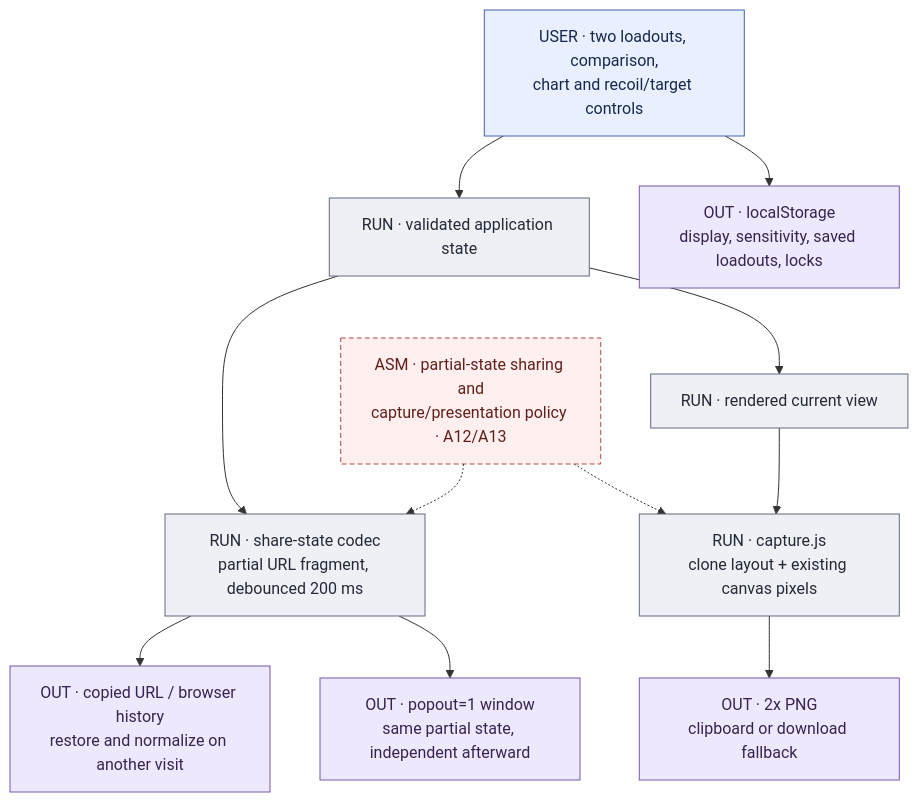
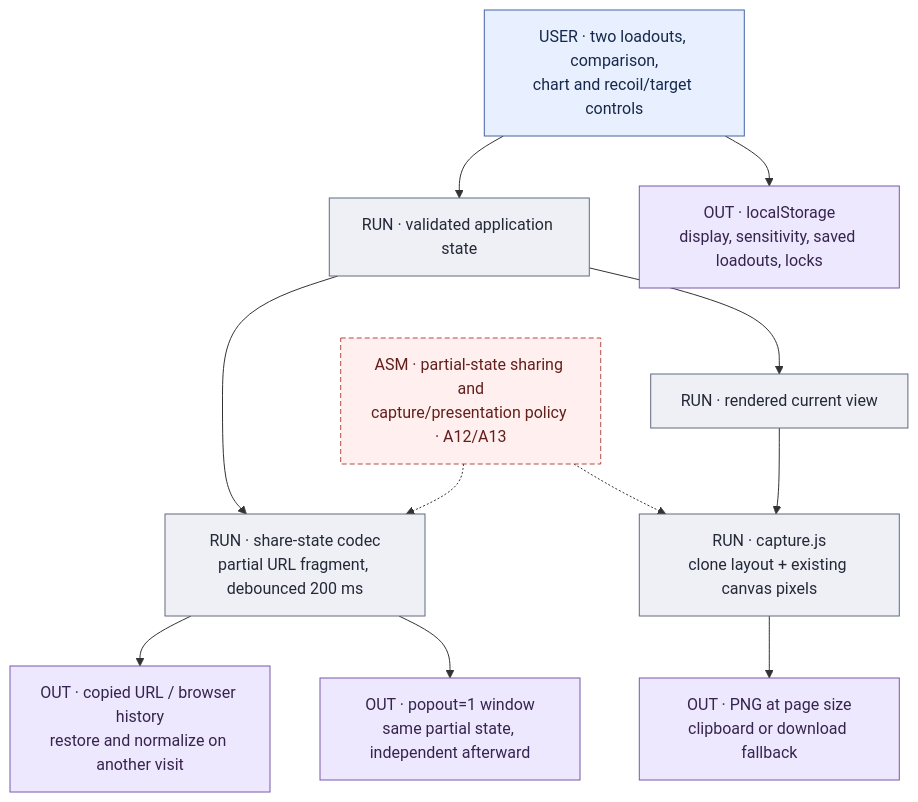
The second of 3 diagrams in docs/data-flow/UI_PUBLISHING.md (raymdl/BF6-Weapon-Analyzer), drawn with Mermaid before and after one commit. The commit also changed 4 other files, not shown here.

````diff
--- a/docs/data-flow/UI_PUBLISHING.md
+++ b/docs/data-flow/UI_PUBLISHING.md
@@ -76,27 +76,27 @@
 ```mermaid
 flowchart TB
     U["USER · two loadouts, comparison,<br/>chart and recoil/target controls"]:::src
     S["RUN · validated application state"]:::run
     URL["RUN · share-state codec<br/>partial URL fragment, debounced 200 ms"]:::run
     L["OUT · copied URL / browser history<br/>restore and normalize on another visit"]:::out
     POP["OUT · popout=1 window<br/>same partial state, independent afterward"]:::out
     LS["OUT · localStorage<br/>display, sensitivity, saved loadouts, locks"]:::out
     V["RUN · rendered current view"]:::run
     CAP["RUN · capture.js<br/>clone layout + existing canvas pixels"]:::run
-    PNG["OUT · 2x PNG<br/>clipboard or download fallback"]:::out
+    PNG["OUT · PNG at page size<br/>clipboard or download fallback"]:::out
     A["ASM · partial-state sharing and<br/>capture/presentation policy · A12/A13"]:::asm
     U --> S
     S --> URL
     URL --> L
     URL --> POP
     U --> LS
     S --> V
     V --> CAP
     CAP --> PNG
     A -.-> URL
     A -.-> CAP
     classDef src fill:#e8efff,stroke:#4463a6,color:#16284c
     classDef run fill:#eef0f5,stroke:#616a80,color:#242938
     classDef asm fill:#fff0ef,stroke:#b34c46,color:#621f1b,stroke-dasharray:5 3
     classDef out fill:#eee8ff,stroke:#7958aa,color:#36244f
 ```
````
